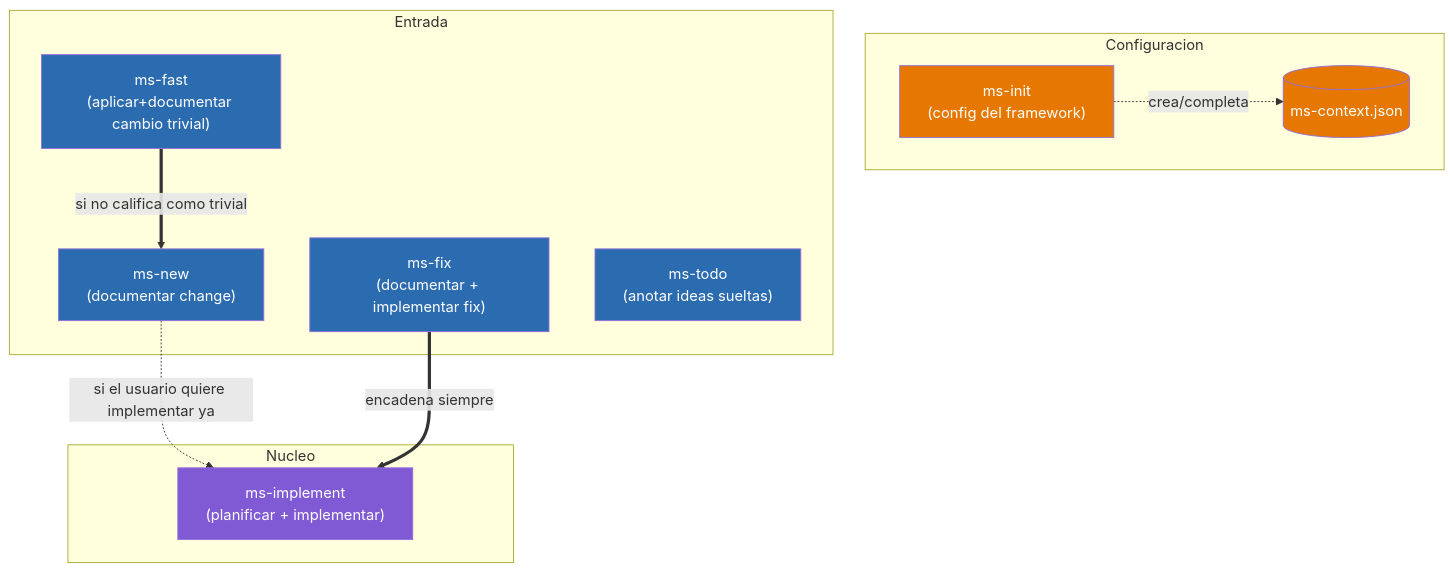
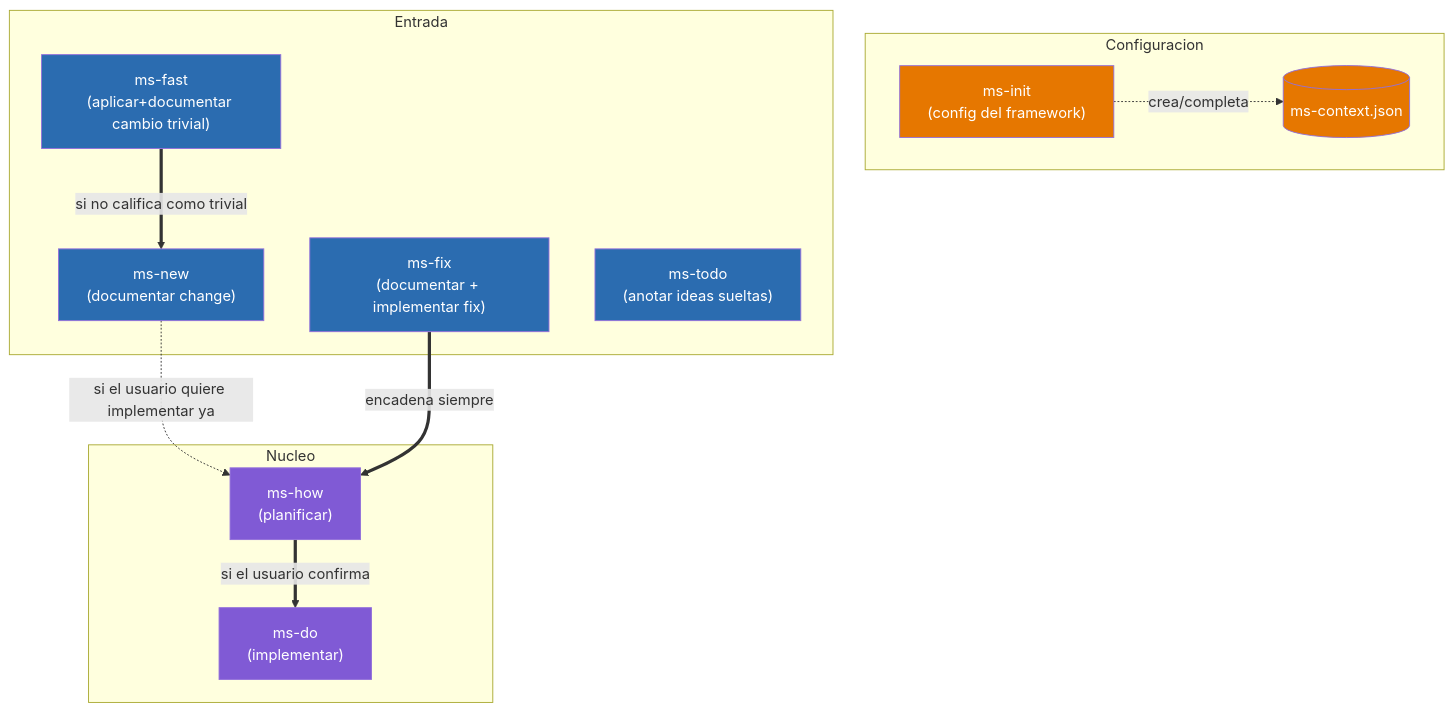
Before and after one commit to yeyopepe/bgfactory: the diagram in .claude/ms-design.md, drawn with Mermaid. The commit also changed other lines of this file and 22 other files, not shown here.

````diff
--- a/.claude/ms-design.md
+++ b/.claude/ms-design.md
@@ -9,31 +11,33 @@
 ```mermaid
 graph TD
     subgraph Configuracion
         ms_init["ms-init<br/>(config del framework)"]
         ms_context[("ms-context.json")]
     end
 
     subgraph Entrada
         ms_new["ms-new<br/>(documentar change)"]
         ms_fix["ms-fix<br/>(documentar + implementar fix)"]
         ms_fast["ms-fast<br/>(aplicar+documentar cambio trivial)"]
         ms_todo["ms-todo<br/>(anotar ideas sueltas)"]
     end
 
     subgraph Nucleo
-        ms_implement["ms-implement<br/>(planificar + implementar)"]
+        ms_how["ms-how<br/>(planificar)"]
+        ms_do["ms-do<br/>(implementar)"]
     end
 
     ms_init -.->|crea/completa| ms_context
 
-    ms_new -.->|"si el usuario quiere implementar ya"| ms_implement
-    ms_fix ==>|encadena siempre| ms_implement
+    ms_new -.->|"si el usuario quiere implementar ya"| ms_how
+    ms_fix ==>|encadena siempre| ms_how
     ms_fast ==>|"si no califica como trivial"| ms_new
+    ms_how ==>|"si el usuario confirma"| ms_do
 
     classDef entry fill:#2b6cb0,color:#fff
     classDef core fill:#805ad5,color:#fff
     classDef config fill:#e67700,color:#fff
     class ms_new,ms_fix,ms_fast,ms_todo entry
-    class ms_implement core
+    class ms_how,ms_do core
     class ms_init,ms_context config
 ```
````
